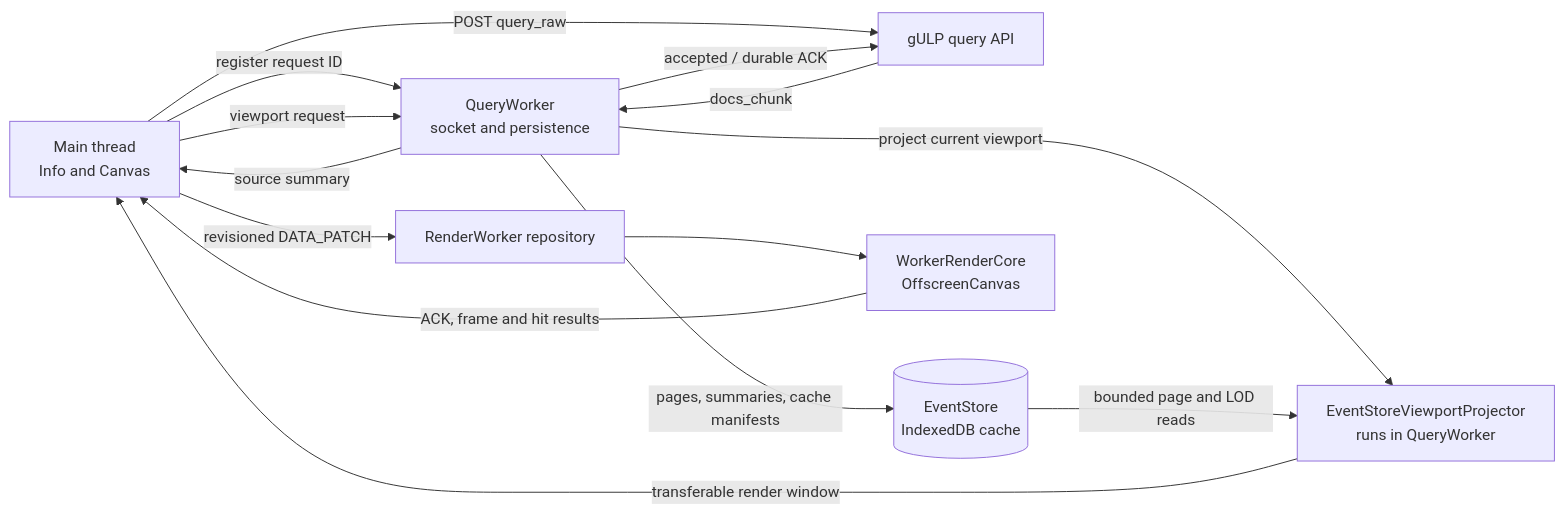
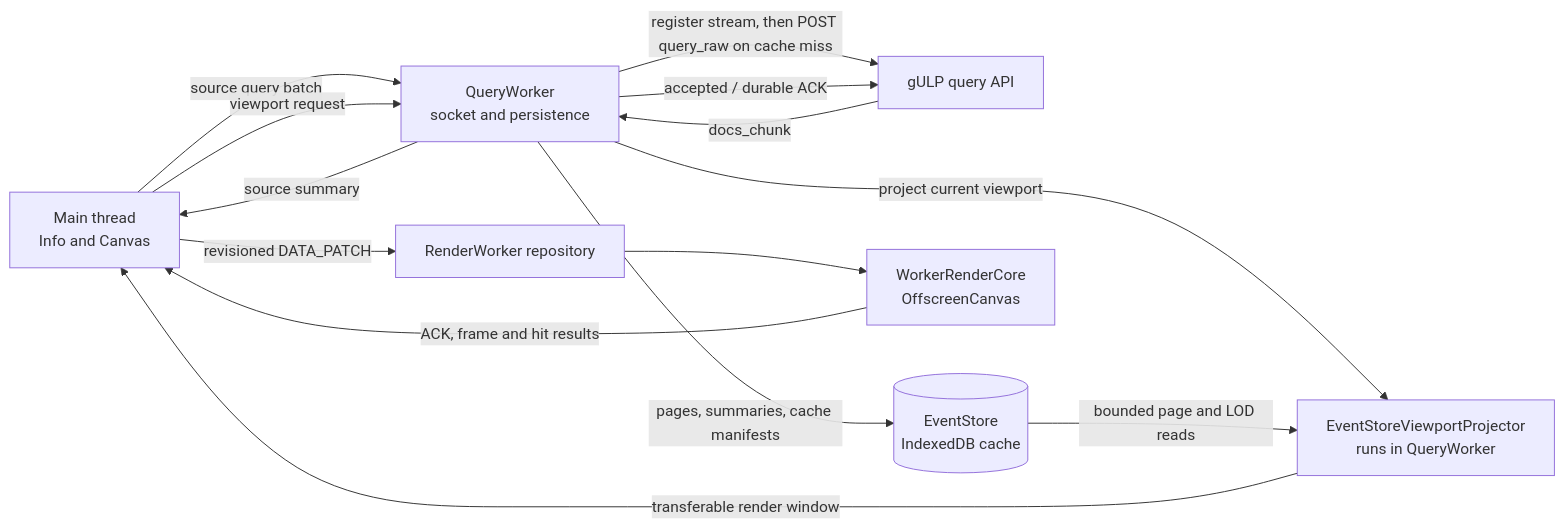
One commit to mentat-is/gulp changed the diagram in docs/webui/engine.architecture.md. Above: the diagram before and after it, drawn with Mermaid. The commit also changed other lines of this file and 75 other files, not shown here.

````diff
--- a/docs/webui/engine.architecture.md
+++ b/docs/webui/engine.architecture.md
@@ -34,24 +34,24 @@
 ```mermaid
 flowchart LR
     UI[Main thread<br/>Info and Canvas]
     API[gULP query API]
     QW[QueryWorker<br/>socket and persistence]
     ES[(EventStore<br/>IndexedDB cache)]
     VP[EventStoreViewportProjector<br/>runs in QueryWorker]
     RR[RenderWorker repository]
     CORE[WorkerRenderCore<br/>OffscreenCanvas]
 
-    UI -->|register request ID| QW
-    UI -->|POST query_raw| API
+    UI -->|source query batch| QW
+    QW -->|register stream, then POST query_raw on cache miss| API
     API -->|docs_chunk| QW
     QW -->|accepted / durable ACK| API
     QW -->|pages, summaries, cache manifests| ES
     QW -->|source summary| UI
     UI -->|viewport request| QW
     QW -->|project current viewport| VP
     ES -->|bounded page and LOD reads| VP
     VP -->|transferable render window| UI
     UI -->|revisioned DATA_PATCH| RR
     RR --> CORE
     CORE -->|ACK, frame and hit results| UI
 ```
````
